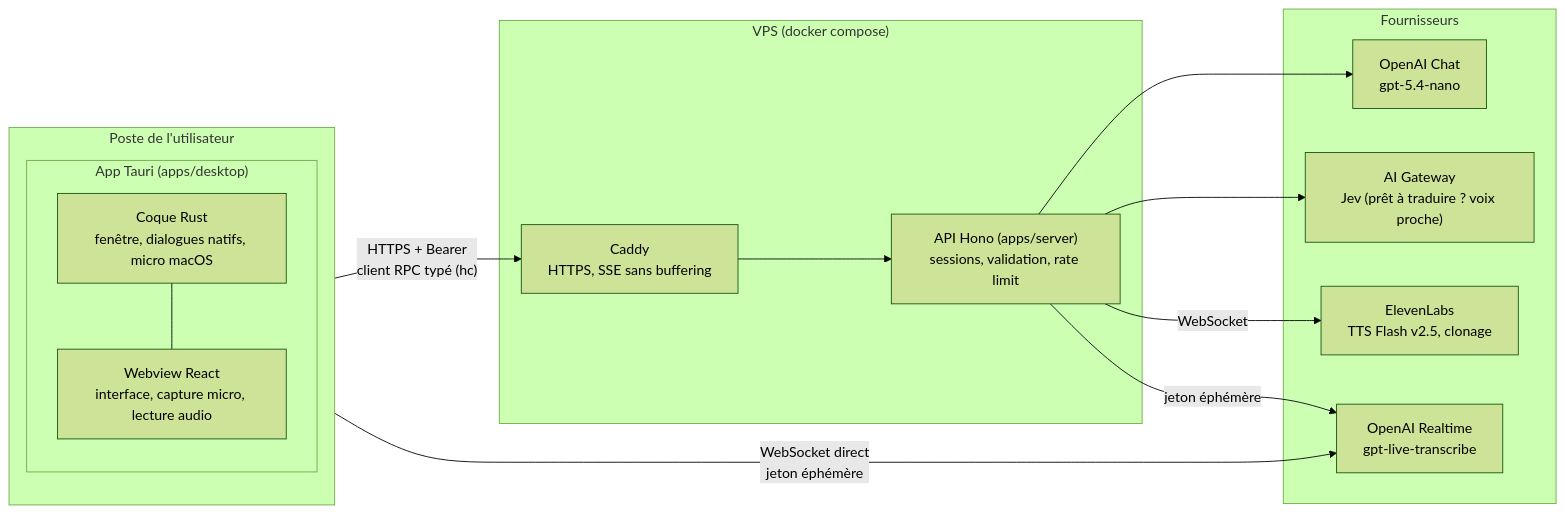
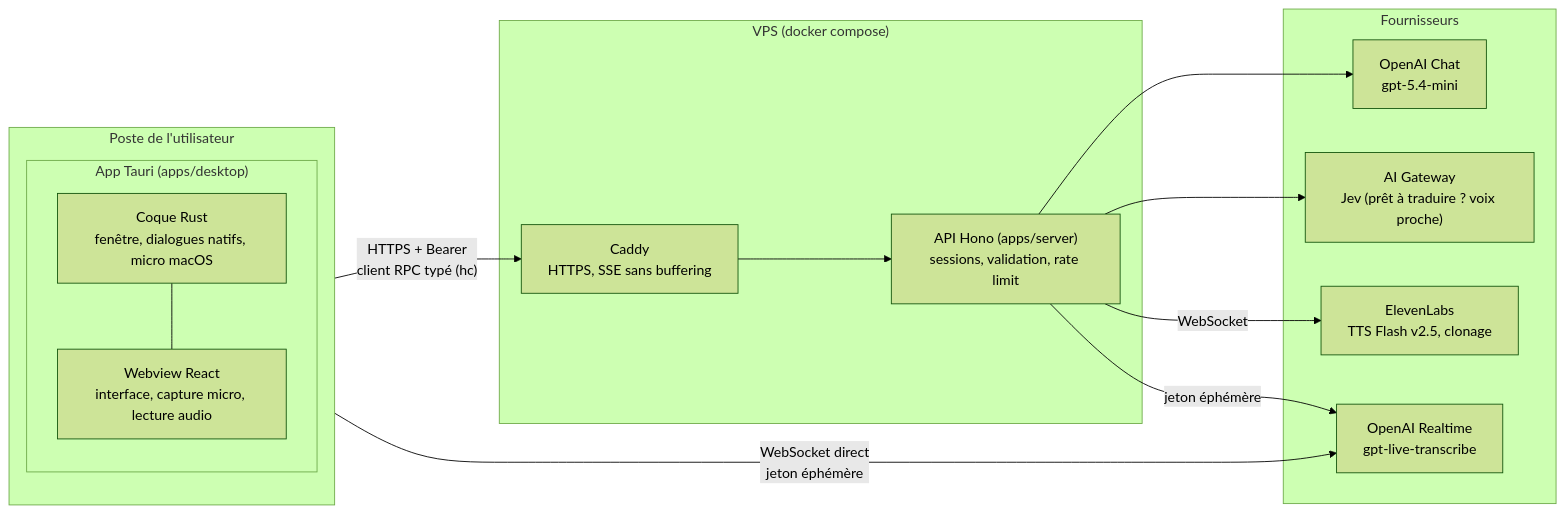
Before and after one commit to kevinrss01/interprete-live-v2: the first of 6 diagrams in docs/architecture.md, drawn with Mermaid (forest theme). The commit also changed other lines of this file and 20 other files, not shown here.

````diff
--- a/docs/architecture.md
+++ b/docs/architecture.md
@@ -9,31 +9,31 @@
 ```mermaid
 flowchart LR
   subgraph Poste["Poste de l'utilisateur"]
     direction TB
     subgraph Tauri["App Tauri (apps/desktop)"]
       Shell["Coque Rust<br/>fenêtre, dialogues natifs, micro macOS"]
       UI["Webview React<br/>interface, capture micro, lecture audio"]
       Shell --- UI
     end
   end
 
   subgraph VPS["VPS (docker compose)"]
     Caddy["Caddy<br/>HTTPS, SSE sans buffering"]
     API["API Hono (apps/server)<br/>sessions, validation, rate limit"]
     Caddy --> API
   end
 
   subgraph Fournisseurs["Fournisseurs"]
     RT["OpenAI Realtime<br/>gpt-live-transcribe"]
-    LLM["OpenAI Chat<br/>gpt-5.4-nano"]
+    LLM["OpenAI Chat<br/>gpt-5.4-mini"]
     Jev["AI Gateway<br/>Jev (prêt à traduire ? voix proche)"]
     EL["ElevenLabs<br/>TTS Flash v2.5, clonage"]
   end
 
   UI -- "HTTPS + Bearer<br/>client RPC typé (hc)" --> Caddy
   UI -- "WebSocket direct<br/>jeton éphémère" --> RT
   API --> LLM
   API --> Jev
   API -- "WebSocket" --> EL
   API -- "jeton éphémère" --> RT
 ```
````
